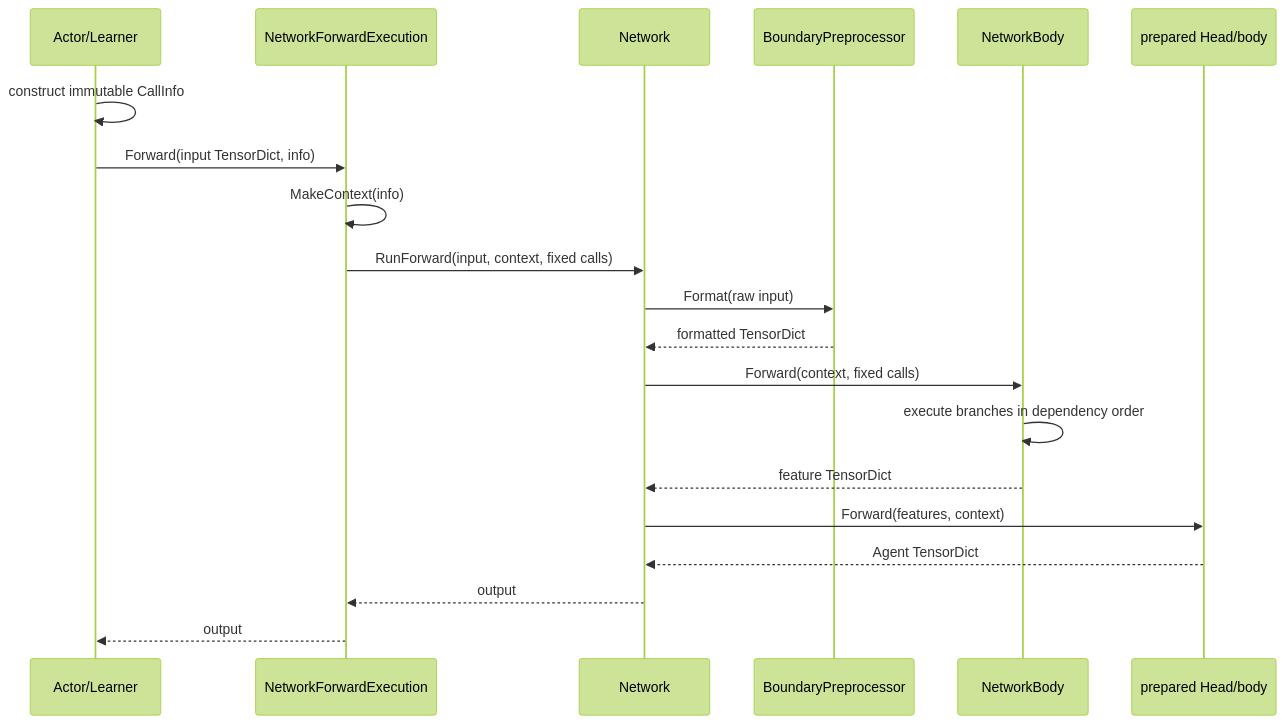
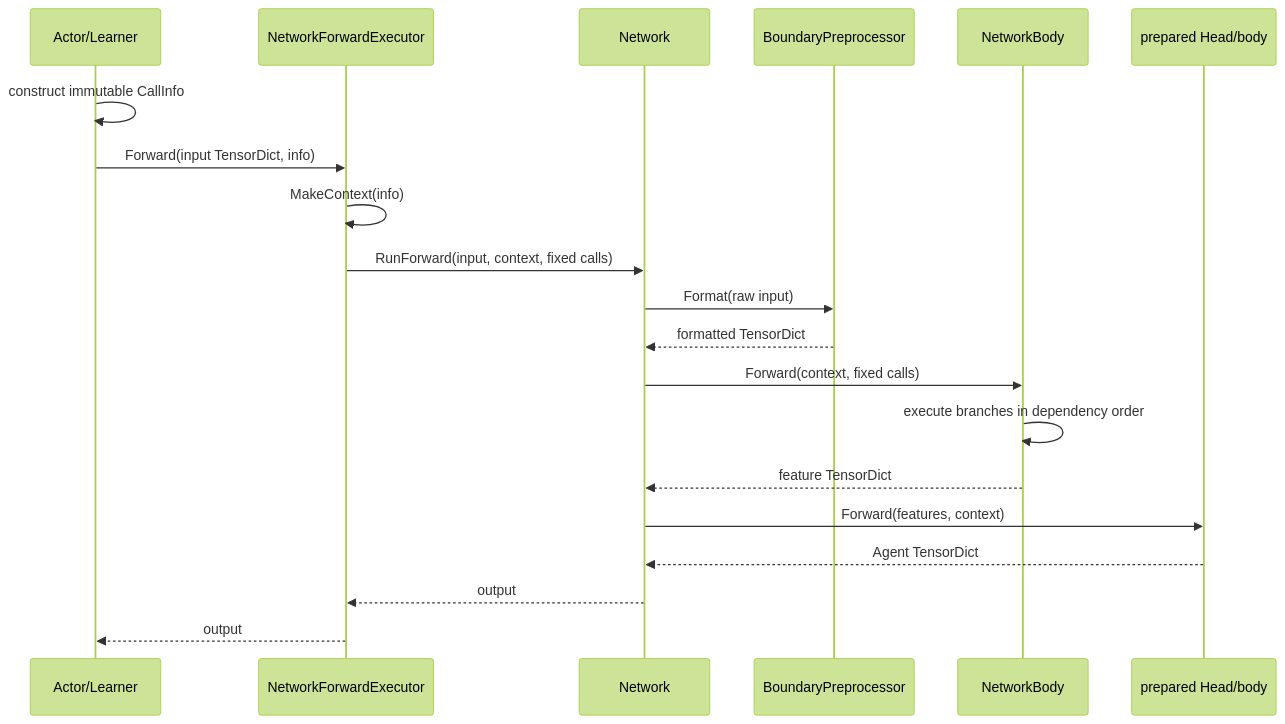
One commit to kazukin123/anet-lab changed the fourth of 4 diagrams in docs/design/130_neural_networks.en.md. Above: the diagram before and after it, drawn with Mermaid (forest theme). The commit also changed other lines of this file and 23 other files, not shown here.

````diff
--- a/docs/design/130_neural_networks.en.md
+++ b/docs/design/130_neural_networks.en.md
@@ -248,22 +252,22 @@
 ```mermaid
 sequenceDiagram
     participant C as Actor/Learner
-    participant E as NetworkForwardExecution
+    participant E as NetworkForwardExecutor
     participant N as Network
     participant P as BoundaryPreprocessor
     participant B as NetworkBody
     participant H as prepared Head/body
     C->>C: construct immutable CallInfo
     C->>E: Forward(input TensorDict, info)
     E->>E: MakeContext(info)
     E->>N: RunForward(input, context, fixed calls)
     N->>P: Format(raw input)
     P-->>N: formatted TensorDict
     N->>B: Forward(context, fixed calls)
     B->>B: execute branches in dependency order
     B-->>N: feature TensorDict
     N->>H: Forward(features, context)
     H-->>N: Agent TensorDict
     N-->>E: output
     E-->>C: output
 ```
````
